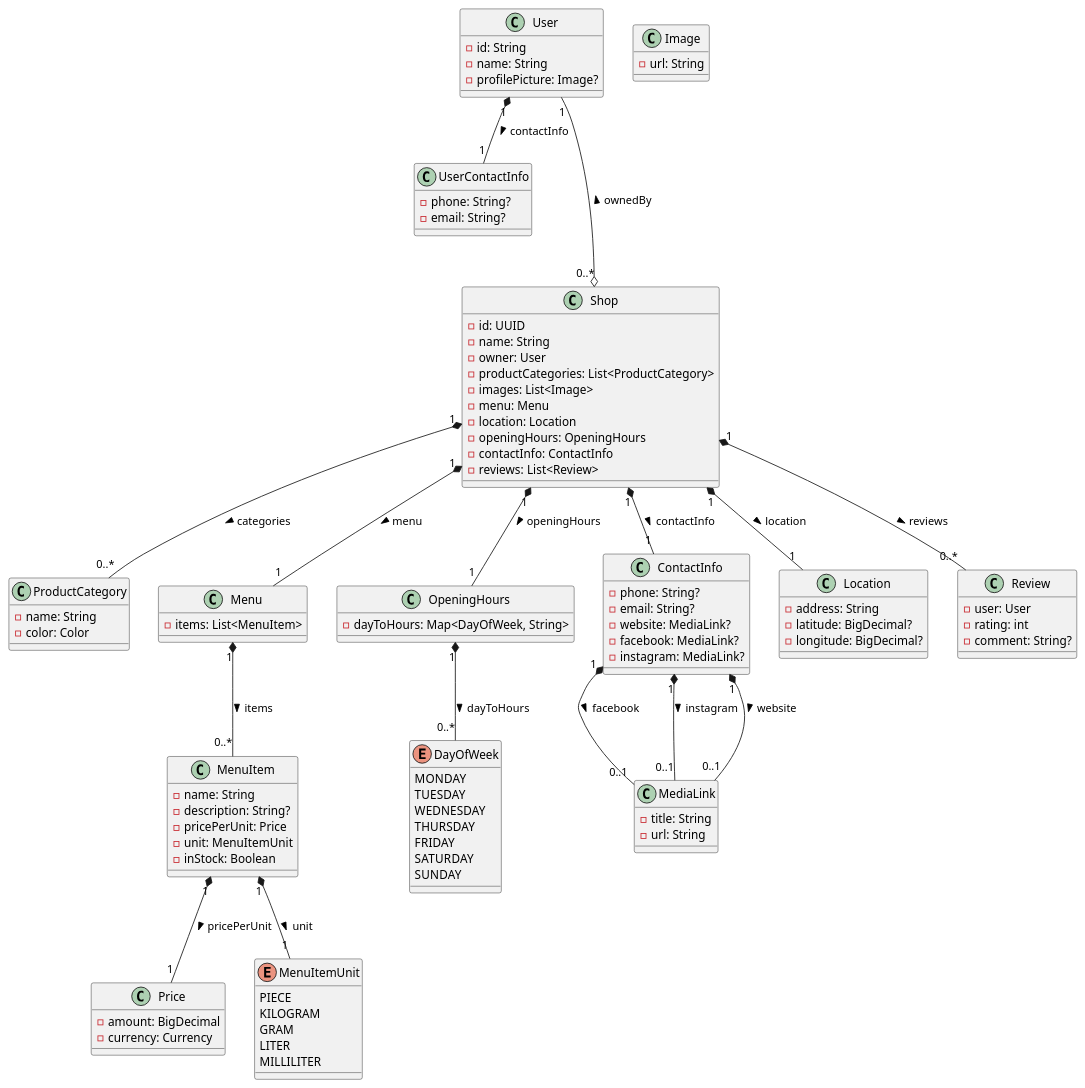
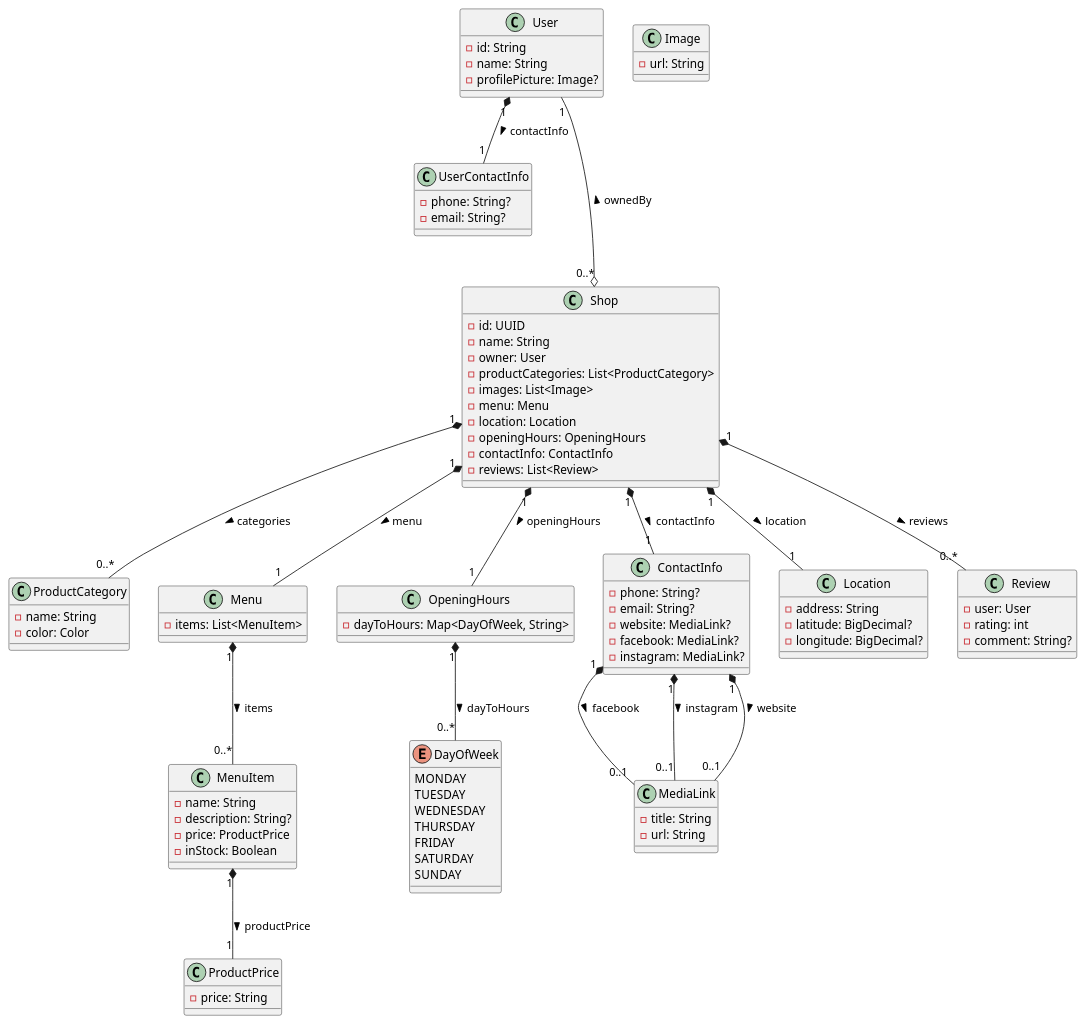
Before and after one commit to tondracek/my-farmer: the diagram in docs/diagram/class.puml, drawn with PlantUML.

Commit message:
refactor class diagram: replace Price and MenuItemUnit with ProductPrice as just string

```diff
--- a/docs/diagram/class.puml
+++ b/docs/diagram/class.puml
@@ -1,146 +1,135 @@
 @startuml
 
 skinparam backgroundColor #FFFFFF
 
 class User {
     - id: String
     - name: String
     - profilePicture: Image?
 }
 
 ' ----------------------------------- '
 
 class UserContactInfo {
     - phone: String?
     - email: String?
 }
 
 User "1" *-- "1" UserContactInfo : contactInfo >
 
 ' ----------------------------------- '
 
 class Shop {
     - id: UUID
     - name: String
     - owner: User
     - productCategories: List<ProductCategory>
     - images: List<Image>
     - menu: Menu
     - location: Location
     - openingHours: OpeningHours
     - contactInfo: ContactInfo
     - reviews: List<Review>
 }
 
 User "1" ---o "0..*" Shop : ownedBy <
 
 ' ----------------------------------- '
 
 class ProductCategory {
     - name: String
     - color: Color
 }
 
 Shop "1" *-- "0..*" ProductCategory : categories >
 
 ' ----------------------------------- '
 
 class Menu {
     - items: List<MenuItem>
 }
 
 class MenuItem {
     - name: String
     - description: String?
-    - pricePerUnit: Price
-    - unit: MenuItemUnit
+    - price: ProductPrice
     - inStock: Boolean
 }
 
-class Price {
-    - amount: BigDecimal
-    - currency: Currency
-}
-
-enum MenuItemUnit {
-    PIECE
-    KILOGRAM
-    GRAM
-    LITER
-    MILLILITER
+class ProductPrice {
+    - price: String
 }
 
 Shop "1" *-- "1" Menu : menu >
 Menu "1" *-- "0..*" MenuItem : items >
-MenuItem "1" *-- "1" Price : pricePerUnit >
-MenuItem "1" *-- "1" MenuItemUnit : unit >
+MenuItem "1" *-- "1" ProductPrice : productPrice >
 
 ' ----------------------------------- '
 
 class OpeningHours {
     - dayToHours: Map<DayOfWeek, String>
 }
 
 enum DayOfWeek {
     MONDAY
     TUESDAY
     WEDNESDAY
     THURSDAY
     FRIDAY
     SATURDAY
     SUNDAY
 }
 
 Shop "1" *-- "1" OpeningHours : openingHours >
 OpeningHours "1" *-- "0..*" DayOfWeek : dayToHours >
 
 ' ----------------------------------- '
 
 class ContactInfo {
     - phone: String?
     - email: String?
     - website: MediaLink?
     - facebook: MediaLink?
     - instagram: MediaLink?
 }
 
 Shop "1" *-- "1" ContactInfo : contactInfo >
 
 ' ----------------------------------- '
 
 class MediaLink {
     - title: String
     - url: String
 }
 
 ContactInfo "1" *-- "0..1" MediaLink : facebook >
 ContactInfo "1" *-- "0..1" MediaLink : instagram >
 ContactInfo "1" *-- "0..1" MediaLink : website >
 
 ' ----------------------------------- '
 
 class Location {
     - address: String
     - latitude: BigDecimal?
     - longitude: BigDecimal?
 }
 
 Shop "1" *-- "1" Location : location >
 
 ' ----------------------------------- '
 
 class Review {
     - user: User
     - rating: int
     - comment: String?
 }
 
 Shop "1" *-- "0..*" Review : reviews >
 
 ' ----------------------------------- '
 
 class Image {
     - url: String
 }
 
 @enduml
```
